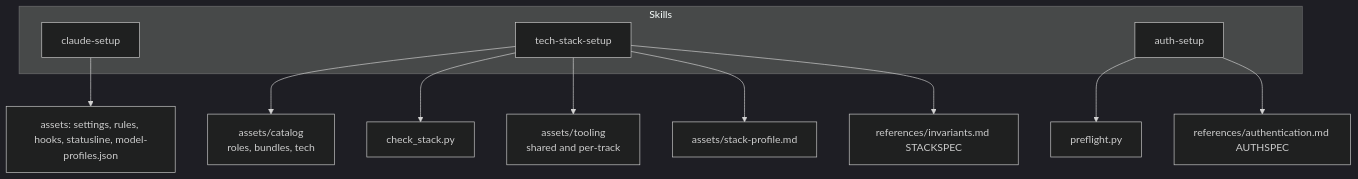
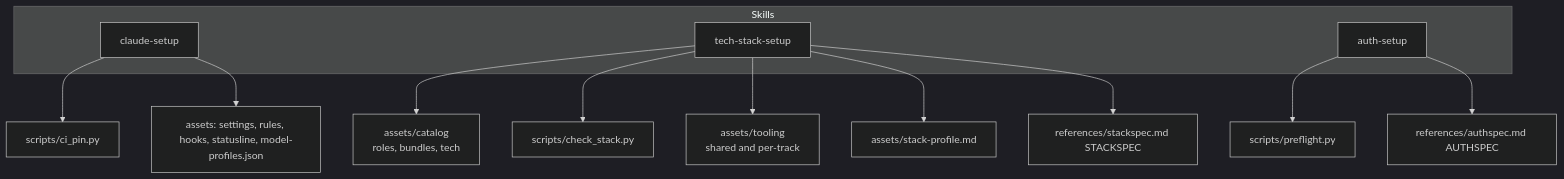
One commit to luis-mc/dev-standards changed the second of 3 diagrams in docs/features/project-setup/spec.md. Above: the diagram before and after it, drawn with Mermaid (dark theme). The commit also changed other lines of this file and 7 other files, not shown here.

````diff
--- a/docs/features/project-setup/spec.md
+++ b/docs/features/project-setup/spec.md
@@ -128,16 +128,17 @@
 ```mermaid
 flowchart TB
   subgraph skills[Skills]
     cs[claude-setup]
     ts[tech-stack-setup]
     as[auth-setup]
   end
   ts --> cat[assets/catalog<br/>roles, bundles, tech]
-  ts --> chk[check_stack.py]
+  ts --> chk[scripts/check_stack.py]
   ts --> tool[assets/tooling<br/>shared and per-track]
   ts --> sp[assets/stack-profile.md]
-  ts --> inv[references/invariants.md STACKSPEC]
-  as --> pre[preflight.py]
-  as --> auth[references/authentication.md AUTHSPEC]
+  ts --> inv[references/stackspec.md STACKSPEC]
+  as --> pre[scripts/preflight.py]
+  as --> auth[references/authspec.md AUTHSPEC]
+  cs --> pin[scripts/ci_pin.py]
   cs --> ca[assets: settings, rules, hooks, statusline, model-profiles.json]
 ```
````
